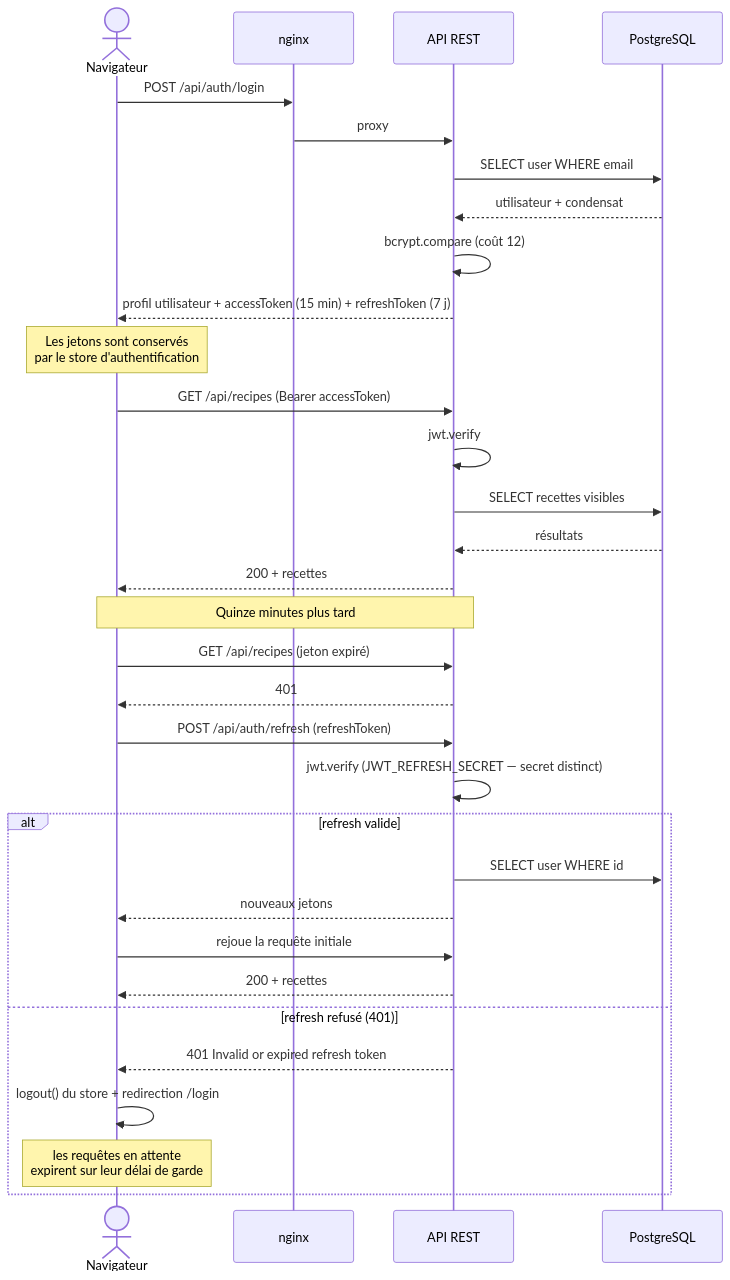
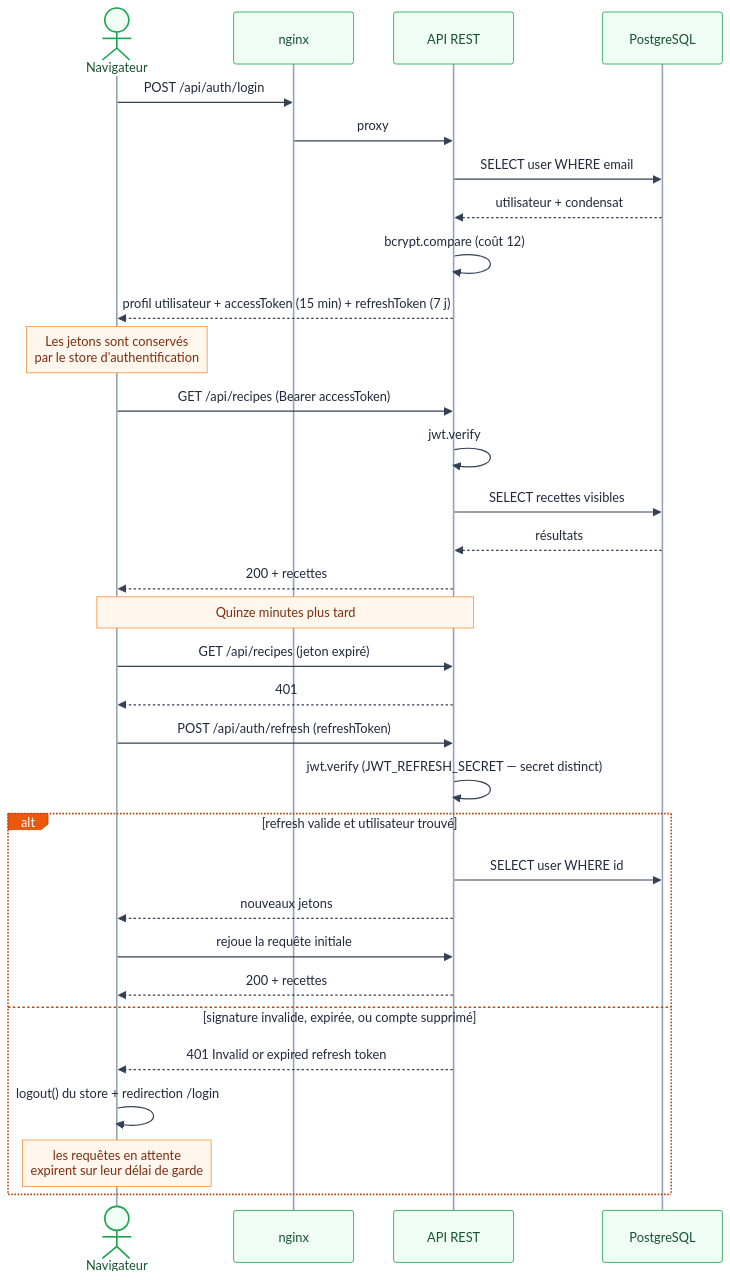
Before and after one commit to assurleaddev/supmeal: the seventh of 14 diagrams in docs/documentation-technique.md, drawn with Mermaid. The commit also changed other lines of this file, not shown here.

````diff
--- a/docs/documentation-technique.md
+++ b/docs/documentation-technique.md
@@ -640,40 +713,41 @@
 ```mermaid
+%%{init: {"theme":"base","themeVariables":{"fontFamily":"Inter, Roboto, Helvetica, Arial, sans-serif","fontSize":"15px","primaryColor":"#f0fdf4","primaryTextColor":"#14532d","primaryBorderColor":"#16a34a","secondaryColor":"#f8fafc","secondaryTextColor":"#1e293b","secondaryBorderColor":"#cbd5e1","tertiaryColor":"#ffffff","tertiaryTextColor":"#1e293b","tertiaryBorderColor":"#e2e8f0","lineColor":"#475569","textColor":"#1e293b","clusterBkg":"#f8fafc","clusterBorder":"#cbd5e1","edgeLabelBackground":"#ffffff","titleColor":"#0f172a","actorBkg":"#f0fdf4","actorBorder":"#16a34a","actorTextColor":"#14532d","actorLineColor":"#94a3b8","signalColor":"#334155","signalTextColor":"#1e293b","labelBoxBkgColor":"#ea580c","labelBoxBorderColor":"#c2410c","labelTextColor":"#ffffff","loopTextColor":"#1e293b","noteBkgColor":"#fff7ed","noteBorderColor":"#fb923c","noteTextColor":"#7c2d12","activationBkgColor":"#dcfce7","activationBorderColor":"#16a34a","attributeBackgroundColorOdd":"#ffffff","attributeBackgroundColorEven":"#f8fafc"}}}%%
 sequenceDiagram
     actor U as Navigateur
     participant N as nginx
     participant A as API REST
     participant D as PostgreSQL
 
     U->>N: POST /api/auth/login
     N->>A: proxy
     A->>D: SELECT user WHERE email
     D-->>A: utilisateur + condensat
     A->>A: bcrypt.compare (coût 12)
     A-->>U: profil utilisateur + accessToken (15 min) + refreshToken (7 j)
 
     Note over U: Les jetons sont conservés<br/>par le store d'authentification
 
     U->>A: GET /api/recipes (Bearer accessToken)
     A->>A: jwt.verify
     A->>D: SELECT recettes visibles
     D-->>A: résultats
     A-->>U: 200 + recettes
 
     Note over U,A: Quinze minutes plus tard
 
     U->>A: GET /api/recipes (jeton expiré)
     A-->>U: 401
     U->>A: POST /api/auth/refresh (refreshToken)
     A->>A: jwt.verify (JWT_REFRESH_SECRET — secret distinct)
 
-    alt refresh valide
+    alt refresh valide et utilisateur trouvé
         A->>D: SELECT user WHERE id
         A-->>U: nouveaux jetons
         U->>A: rejoue la requête initiale
         A-->>U: 200 + recettes
-    else refresh refusé (401)
+    else signature invalide, expirée, ou compte supprimé
         A-->>U: 401 Invalid or expired refresh token
         U->>U: logout() du store + redirection /login
         Note over U: les requêtes en attente<br/>expirent sur leur délai de garde
     end
 ```
````
